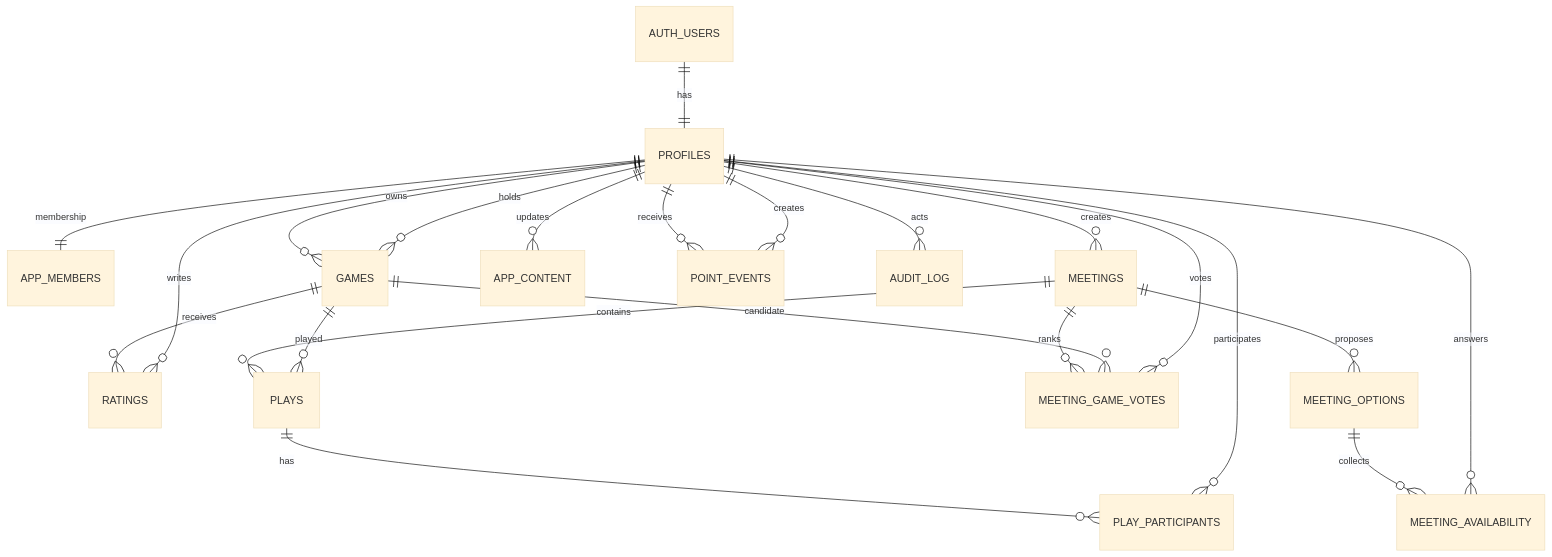
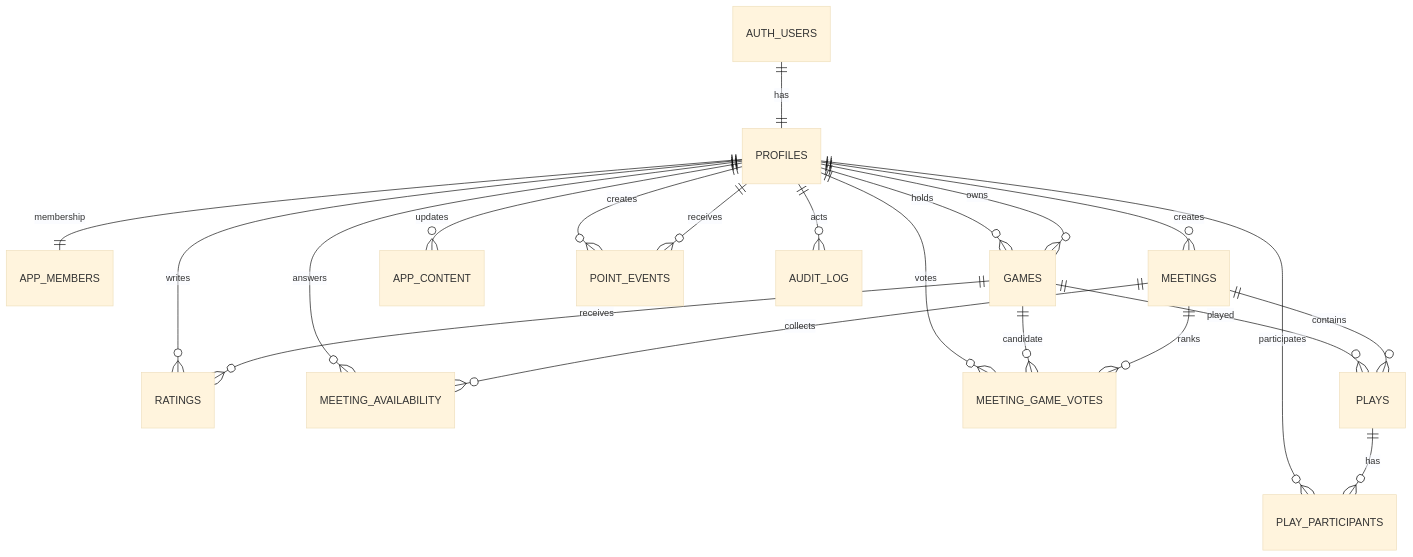
Before and after one commit to wianeze/TwojaTura: the diagram in outputs/projekt-mvp1.md, drawn with Mermaid (base theme). The commit also changed other lines of this file, not shown here.

Commit message:
Complete calendar and meeting RSVP flow

````diff
--- a/outputs/projekt-mvp1.md
+++ b/outputs/projekt-mvp1.md
@@ -349,24 +349,23 @@
 ```mermaid
 erDiagram
   AUTH_USERS ||--|| PROFILES : has
   PROFILES ||--|| APP_MEMBERS : membership
   PROFILES ||--o{ GAMES : owns
   PROFILES ||--o{ GAMES : holds
   GAMES ||--o{ RATINGS : receives
   PROFILES ||--o{ RATINGS : writes
   PROFILES ||--o{ MEETINGS : creates
-  MEETINGS ||--o{ MEETING_OPTIONS : proposes
-  MEETING_OPTIONS ||--o{ MEETING_AVAILABILITY : collects
+  MEETINGS ||--o{ MEETING_AVAILABILITY : collects
   PROFILES ||--o{ MEETING_AVAILABILITY : answers
   MEETINGS ||--o{ MEETING_GAME_VOTES : ranks
   GAMES ||--o{ MEETING_GAME_VOTES : candidate
   PROFILES ||--o{ MEETING_GAME_VOTES : votes
   MEETINGS ||--o{ PLAYS : contains
   GAMES ||--o{ PLAYS : played
   PLAYS ||--o{ PLAY_PARTICIPANTS : has
   PROFILES ||--o{ PLAY_PARTICIPANTS : participates
   PROFILES ||--o{ APP_CONTENT : updates
   PROFILES ||--o{ POINT_EVENTS : receives
   PROFILES ||--o{ POINT_EVENTS : creates
   PROFILES ||--o{ AUDIT_LOG : acts
 ```
````
